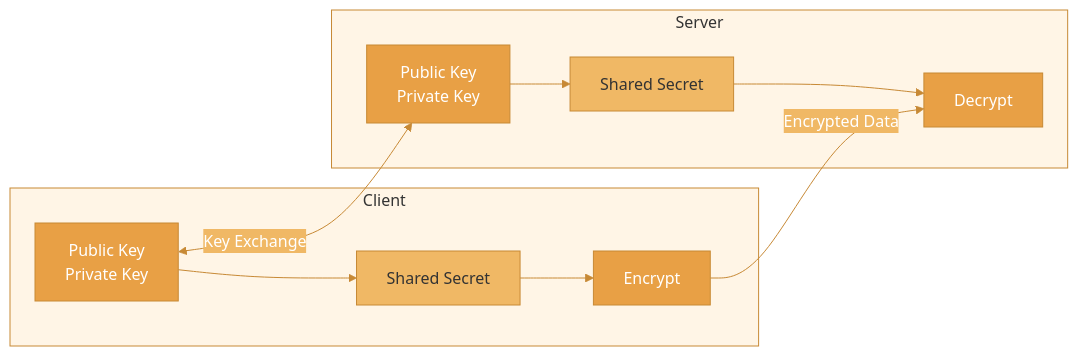
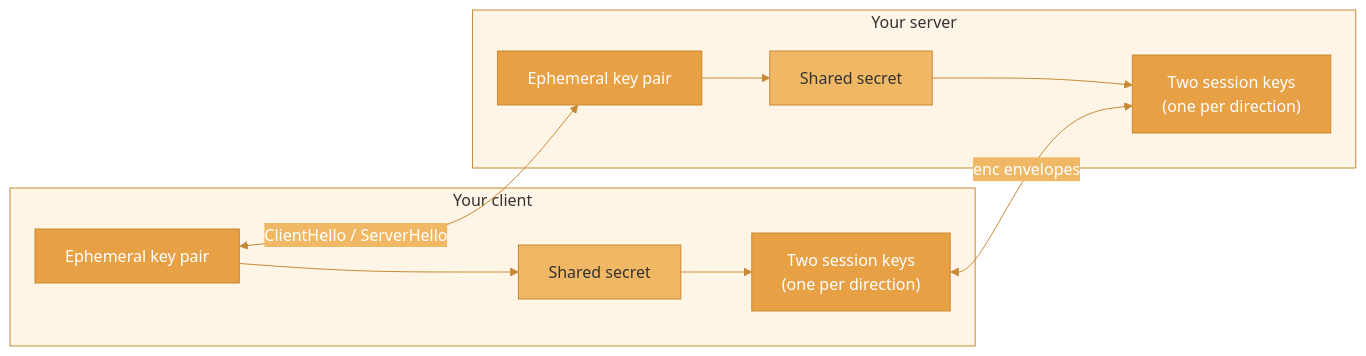
The diagram in docs/enclave/examples/encrypted-sessions.mdx (agentfront/enclave), drawn with Mermaid before and after one commit. The commit also changed other lines of this file and 245 other files, not shown here.

````diff
--- a/docs/enclave/examples/encrypted-sessions.mdx
+++ b/docs/enclave/examples/encrypted-sessions.mdx
@@ -10,26 +19,26 @@
 ```mermaid
 %%{init: {'theme': 'base', 'themeVariables': { 'primaryColor': '#e8a045', 'primaryTextColor': '#fff', 'primaryBorderColor': '#c78935', 'lineColor': '#c78935', 'secondaryColor': '#f0b865', 'tertiaryColor': '#fff5e6'}}}%%
 flowchart LR
-    subgraph client["Client"]
-        CPub["Public Key<br/>Private Key"]
-        CShared["Shared Secret"]
-        CEnc["Encrypt"]
+    subgraph client["Your client"]
+        CPub["Ephemeral key pair"]
+        CShared["Shared secret"]
+        CEnc["Two session keys<br/>(one per direction)"]
         CPub --> CShared --> CEnc
     end
-    subgraph server["Server"]
-        SPub["Public Key<br/>Private Key"]
-        SShared["Shared Secret"]
-        SDec["Decrypt"]
+    subgraph server["Your server"]
+        SPub["Ephemeral key pair"]
+        SShared["Shared secret"]
+        SDec["Two session keys<br/>(one per direction)"]
         SPub --> SShared --> SDec
     end
-    CPub <-->|"Key Exchange"| SPub
-    CEnc -->|"Encrypted Data"| SDec
+    CPub <-->|"ClientHello / ServerHello"| SPub
+    CEnc <-->|"enc envelopes"| SDec
     style client fill:#fff5e6,stroke:#c78935,color:#333
     style server fill:#fff5e6,stroke:#c78935,color:#333
     style CPub fill:#e8a045,stroke:#c78935,color:#fff
     style CShared fill:#f0b865,stroke:#c78935,color:#333
     style CEnc fill:#e8a045,stroke:#c78935,color:#fff
     style SPub fill:#e8a045,stroke:#c78935,color:#fff
     style SShared fill:#f0b865,stroke:#c78935,color:#333
     style SDec fill:#e8a045,stroke:#c78935,color:#fff
 ```
````
